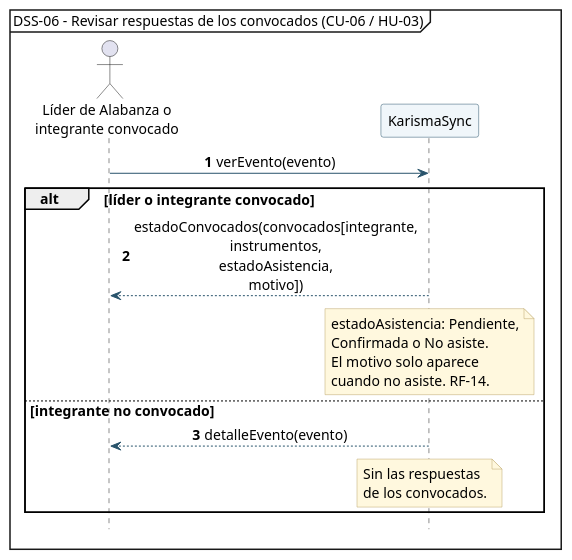
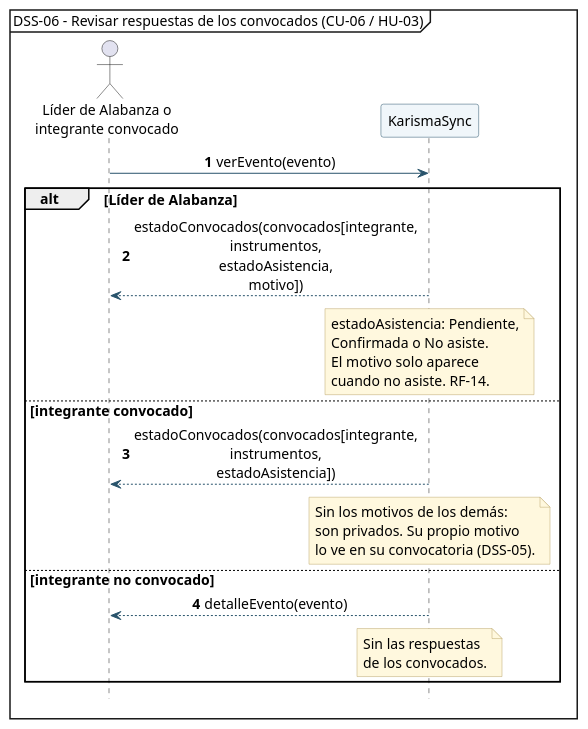
Before and after one commit to Ayiness/KarismaSync: the diagram in diagramas/dss-06-revisar-respuestas.puml, drawn with PlantUML. The commit also changed 15 other files, not shown here.

Commit message:
HU-03: el motivo de inasistencia es privado (solo lo ven el líder y el propio integrante)

```diff
--- a/diagramas/dss-06-revisar-respuestas.puml
+++ b/diagramas/dss-06-revisar-respuestas.puml
@@ -1,41 +1,48 @@
 @startuml
 mainframe DSS-06 - Revisar respuestas de los convocados (CU-06 / HU-03)
 autonumber
 hide footbox
 skinparam backgroundColor white
 skinparam shadowing false
 skinparam defaultFontName SansSerif
 skinparam defaultFontSize 14
 skinparam sequenceMessageAlign center
 skinparam maxMessageSize 58
 skinparam BoxPadding 4
 skinparam NotePadding 4
 skinparam sequenceMessageSpacing 6
 skinparam ArrowColor #28536B
 skinparam participantBorderColor #28536B
 skinparam participantBackgroundColor #F0F6FA
 skinparam noteBackgroundColor #FFF8DE
 skinparam noteBorderColor #BBA46B
 
 actor "Líder de Alabanza o\nintegrante convocado" as Actor
 participant "KarismaSync" as Sistema
 
 Actor -> Sistema: verEvento(evento)
 
-alt líder o integrante convocado
+alt Líder de Alabanza
   Sistema --> Actor: estadoConvocados(convocados[integrante, instrumentos, estadoAsistencia, motivo])
   note over Sistema
     estadoAsistencia: Pendiente,
     Confirmada o No asiste.
     El motivo solo aparece
     cuando no asiste. RF-14.
+  end note
+else integrante convocado
+  Sistema --> Actor: estadoConvocados(convocados[integrante, instrumentos, estadoAsistencia])
+  note over Sistema
+    Sin los motivos de los demás:
+    son privados. Su propio motivo
+    lo ve en su convocatoria (DSS-05).
   end note
 else integrante no convocado
   Sistema --> Actor: detalleEvento(evento)
   note over Sistema
     Sin las respuestas
     de los convocados.
   end note
 end
 
 @enduml
```
